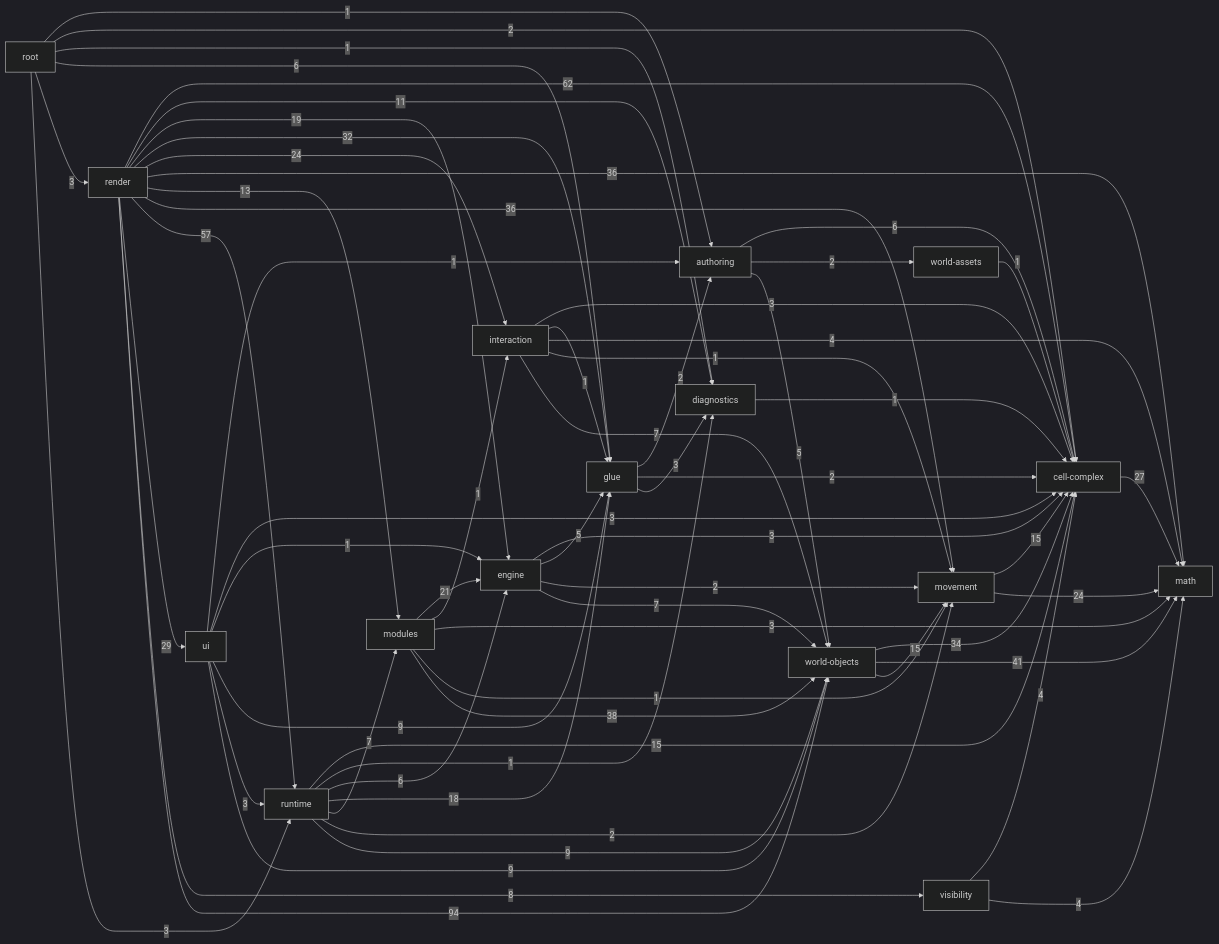
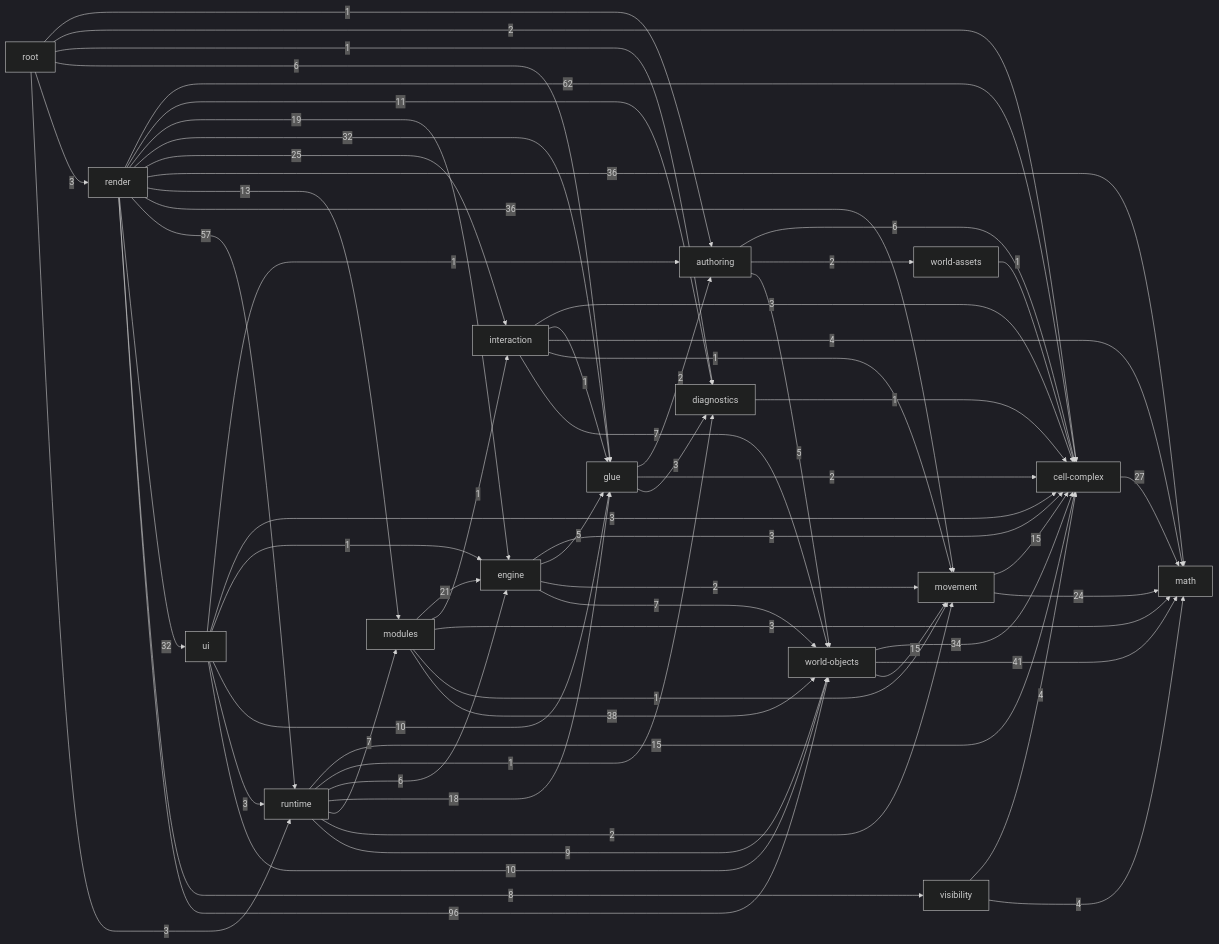
One commit to guraltsev/noneuclid-fpv changed the diagram in _docs/generated/ARCHITECTURE_REFERENCE.md. Above: the diagram before and after it, drawn with Mermaid (dark theme). The commit also changed other lines of this file and 28 other files, not shown here.

````diff
--- a/_docs/generated/ARCHITECTURE_REFERENCE.md
+++ b/_docs/generated/ARCHITECTURE_REFERENCE.md
@@ -37,80 +37,80 @@
 ```mermaid
 flowchart LR
   math["math"]
   cell_complex["cell-complex"]
   diagnostics["diagnostics"]
   visibility["visibility"]
   movement["movement"]
   world_assets["world-assets"]
   world_objects["world-objects"]
   authoring["authoring"]
   glue["glue"]
   interaction["interaction"]
   engine["engine"]
   modules["modules"]
   runtime["runtime"]
   ui["ui"]
   render["render"]
   root["root"]
   authoring -->|6| cell_complex
   authoring -->|2| world_assets
   authoring -->|5| world_objects
   cell_complex -->|27| math
   diagnostics -->|1| cell_complex
   engine -->|3| cell_complex
   engine -->|5| glue
   engine -->|2| movement
   engine -->|7| world_objects
   glue -->|2| authoring
   glue -->|2| cell_complex
   glue -->|3| diagnostics
   interaction -->|3| cell_complex
   interaction -->|1| glue
   interaction -->|4| math
   interaction -->|1| movement
   interaction -->|7| world_objects
   modules -->|21| engine
   modules -->|1| interaction
   modules -->|3| math
   modules -->|1| movement
   modules -->|38| world_objects
   movement -->|15| cell_complex
   movement -->|24| math
   render -->|62| cell_complex
   render -->|11| diagnostics
   render -->|19| engine
   render -->|32| glue
-  render -->|24| interaction
+  render -->|25| interaction
   render -->|36| math
   render -->|13| modules
   render -->|36| movement
   render -->|57| runtime
-  render -->|29| ui
+  render -->|32| ui
   render -->|8| visibility
-  render -->|94| world_objects
+  render -->|96| world_objects
   root -->|1| authoring
   root -->|2| cell_complex
   root -->|1| diagnostics
   root -->|6| glue
   root -->|3| render
   root -->|3| runtime
   runtime -->|15| cell_complex
   runtime -->|1| diagnostics
   runtime -->|6| engine
   runtime -->|18| glue
   runtime -->|7| modules
   runtime -->|2| movement
   runtime -->|9| world_objects
   ui -->|1| authoring
   ui -->|3| cell_complex
   ui -->|1| engine
-  ui -->|9| glue
+  ui -->|10| glue
   ui -->|3| runtime
-  ui -->|9| world_objects
+  ui -->|10| world_objects
   visibility -->|4| cell_complex
   visibility -->|4| math
   world_assets -->|1| cell_complex
   world_objects -->|34| cell_complex
   world_objects -->|41| math
   world_objects -->|15| movement
 ```
````
